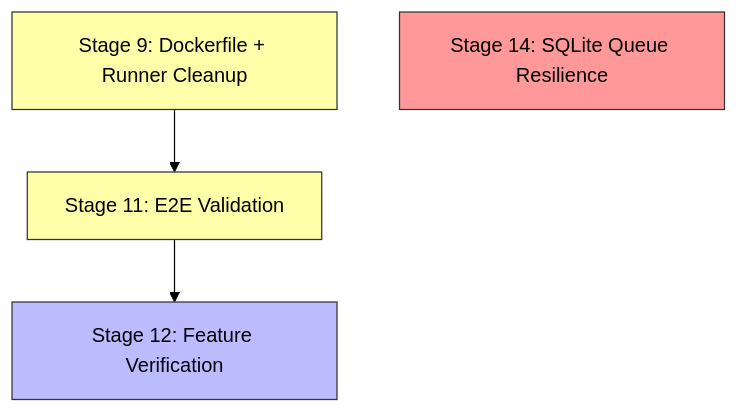
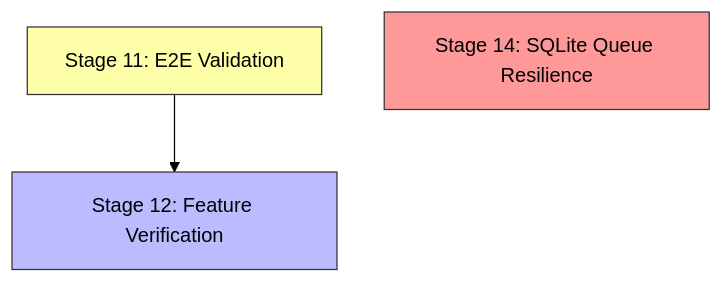
Before and after one commit to Toloka/tolokaforge: the second of 2 diagrams in docs/FUTURE_DEVELOPMENT.md, drawn with Mermaid (forest theme). The commit also changed other lines of this file and 3 other files, not shown here.

````diff
--- a/docs/FUTURE_DEVELOPMENT.md
+++ b/docs/FUTURE_DEVELOPMENT.md
@@ -567,16 +470,13 @@
 ```mermaid
 graph TD
-    S9[Stage 9: Dockerfile + Runner Cleanup]
     S11[Stage 11: E2E Validation]
     S12[Stage 12: Feature Verification]
     S14[Stage 14: SQLite Queue Resilience]
 
-    S9 --> S11
     S11 --> S12
     S14
 
-    style S9 fill:#ffa,stroke:#333
     style S11 fill:#ffa,stroke:#333
     style S12 fill:#bbf,stroke:#333
     style S14 fill:#f99,stroke:#333
 ```
````
